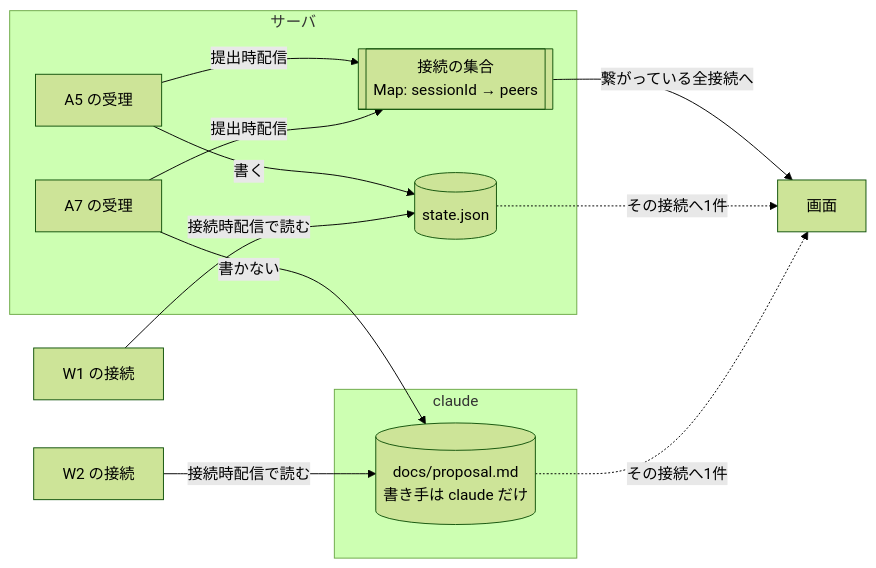
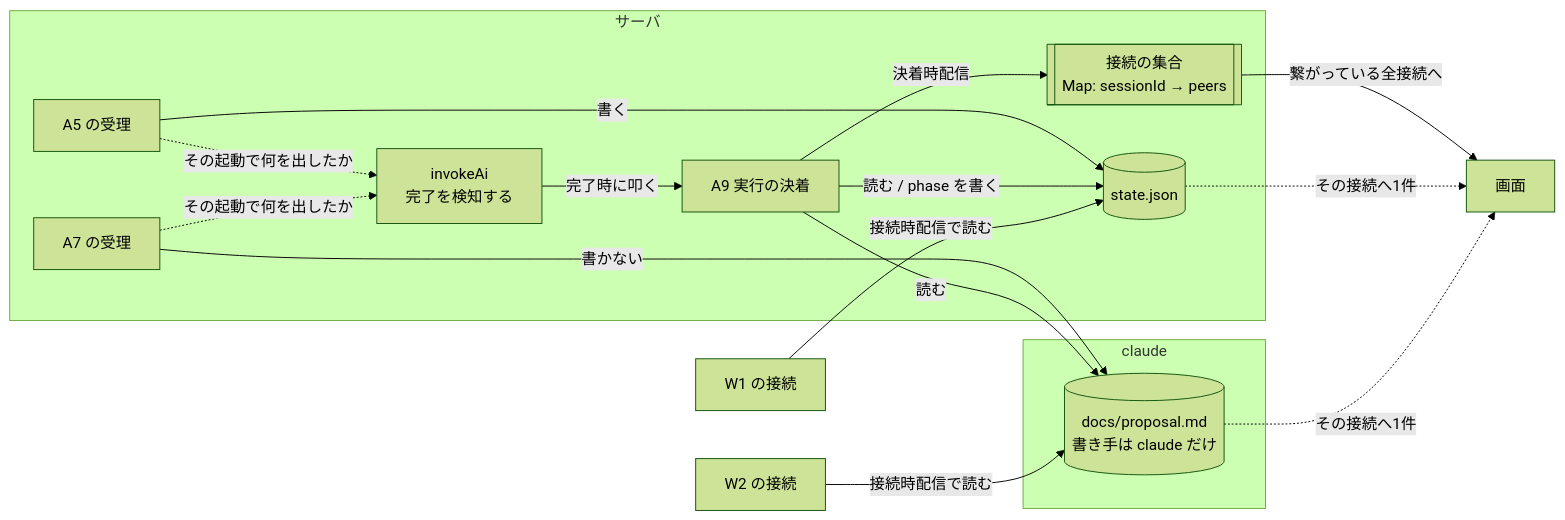
One commit to grrowapp/stroke changed the third of 3 diagrams in docs/specs/architecture/question-flow.md. Above: the diagram before and after it, drawn with Mermaid (forest theme). The commit also changed other lines of this file and 79 other files, not shown here.

````diff
--- a/docs/specs/architecture/question-flow.md
+++ b/docs/specs/architecture/question-flow.md
@@ -121,25 +135,31 @@
 ```mermaid
 flowchart LR
     subgraph サーバ
         SJ[(state.json)]
         A5W[A5 の受理]
         A7W[A7 の受理]
+        INV[invokeAi<br/>完了を検知する]
+        SET[A9 実行の決着]
         REG[["接続の集合<br/>Map: sessionId → peers"]]
     end
 
     subgraph claude
         PM[("docs/proposal.md<br/>書き手は claude だけ")]
     end
 
     A5W -->|書く| SJ
     A7W -->|書かない| PM
-    A5W -->|提出時配信| REG
-    A7W -->|提出時配信| REG
+    A5W -.->|その起動で何を出したか| INV
+    A7W -.->|その起動で何を出したか| INV
+    INV -->|完了時に叩く| SET
+    SET -->|読む / phase を書く| SJ
+    SET -->|読む| PM
+    SET -->|決着時配信| REG
 
     OPEN1[W1 の接続] -->|接続時配信で読む| SJ
     OPEN2[W2 の接続] -->|接続時配信で読む| PM
 
     REG -->|繋がっている全接続へ| V[画面]
     SJ -.->|その接続へ1件| V
     PM -.->|その接続へ1件| V
 ```
````
